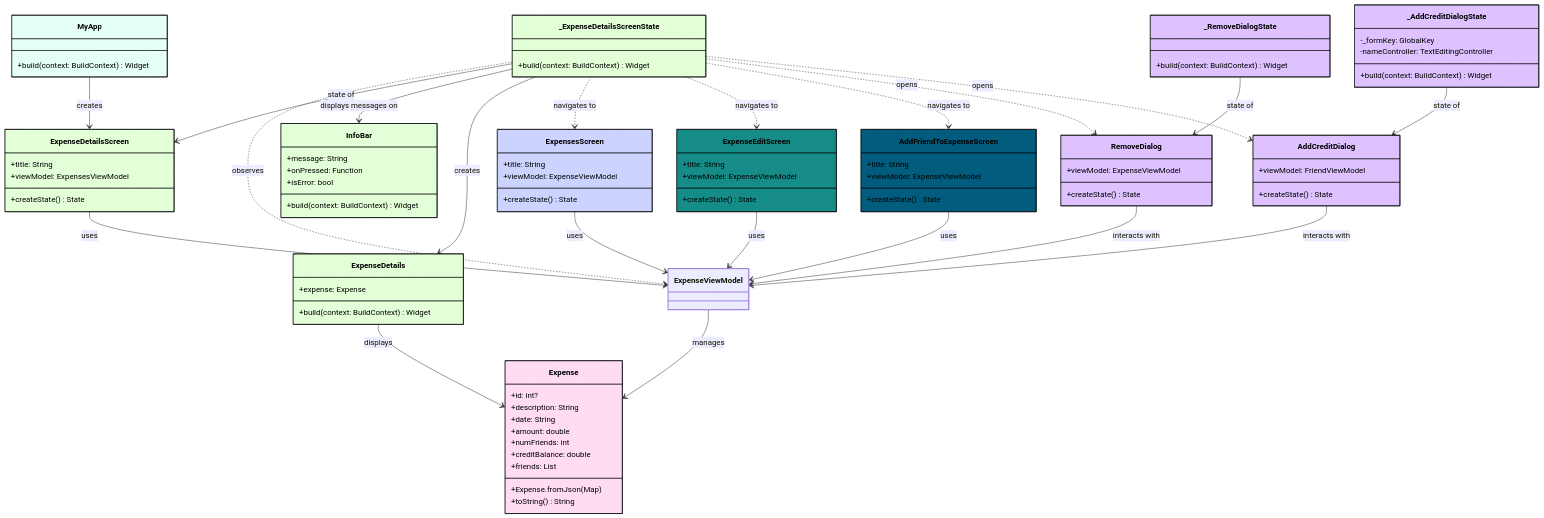
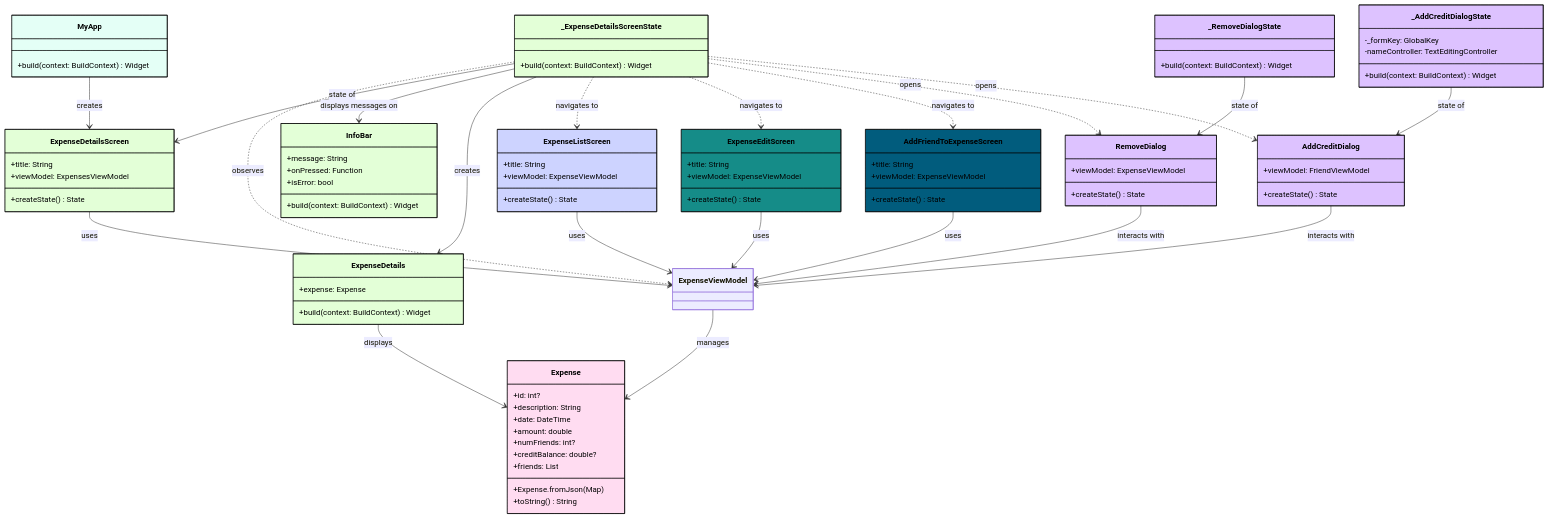
The third of 5 diagrams in docs/diseño_sw.md (alexborrazasm/ipm), drawn with Mermaid before and after one commit. The commit also changed other lines of this file and 12 other files, not shown here.

```diff
--- a/docs/diseño_sw.md
+++ b/docs/diseño_sw.md
@@ -179,10 +179,10 @@
   +build(context: BuildContext) Widget
 }
 
-class ExpensesScreen:::group4 {
+class ExpenseListScreen:::group4 {
   +title: String
   +viewModel: ExpenseViewModel
-  +createState() State<ExpensesScreen>
+  +createState() State<ExpenseListScreen>
 }
 
 class ExpenseEditScreen:::group6 {
@@ -225,10 +225,10 @@
 class Expense:::group5 {
   +id: int?
   +description: String
-  +date: String
+  +date: DateTime
   +amount: double
-  +numFriends: int
-  +creditBalance: double
+  +numFriends: int?
+  +creditBalance: double?
   +friends: List<Friend>
   +Expense.fromJson(Map)
   +toString() String
@@ -253,10 +253,10 @@
 _ExpenseDetailsScreenState --> ExpenseDetails : creates
 ExpenseViewModel --> Expense : manages
 ExpenseDetails --> Expense : displays
-_ExpenseDetailsScreenState ..> ExpensesScreen : navigates to
+_ExpenseDetailsScreenState ..> ExpenseListScreen : navigates to
 _ExpenseDetailsScreenState ..> ExpenseEditScreen : navigates to
 _ExpenseDetailsScreenState ..> AddFriendToExpenseScreen : navigates to
-ExpensesScreen --> ExpenseViewModel : uses
+ExpenseListScreen --> ExpenseViewModel : uses
 ExpenseEditScreen --> ExpenseViewModel : uses
 AddFriendToExpenseScreen --> ExpenseViewModel : uses
 RemoveDialog --> ExpenseViewModel : interacts with
```
